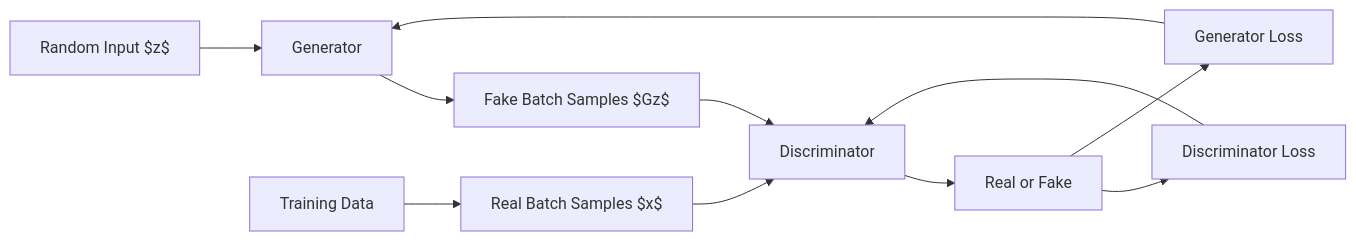
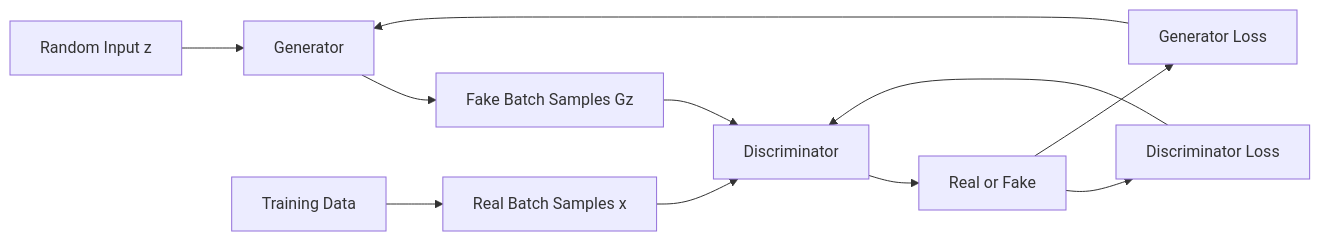
The third of 3 diagrams in blog/2025/10/09/introduction-to-ai-009.md (gracefullight/gracefullight.github.io), drawn with Mermaid before and after one commit. The commit also changed other lines of this file, not shown here.

Commit message:
feat: ✨ add section on Autoregressive Models with training details and examples

````diff
--- a/blog/2025/10/09/introduction-to-ai-009.md
+++ b/blog/2025/10/09/introduction-to-ai-009.md
@@ -118,16 +118,16 @@
 ```mermaid
 graph LR
-  RandomInput[Random Input $z$] --> Generator[Generator]
-    Generator --> FakeBatchSamples[Fake Batch Samples $Gz$]
+  RandomInput[Random Input z] --> Generator[Generator]
+    Generator --> FakeBatchSamples[Fake Batch Samples Gz]
 
     FakeBatchSamples --> Discriminator[Discriminator]
 
-  TrainingData[Training Data] --> RealBatchSamples[Real Batch Samples $x$]
+  TrainingData[Training Data] --> RealBatchSamples[Real Batch Samples x]
   RealBatchSamples --> Discriminator
 
   Discriminator --> Decision[Real or Fake]
   Decision --> DiscriminatorLoss[Discriminator Loss]
   Decision --> GeneratorLoss[Generator Loss]
     DiscriminatorLoss --> Discriminator
     GeneratorLoss --> Generator
 ```
````
